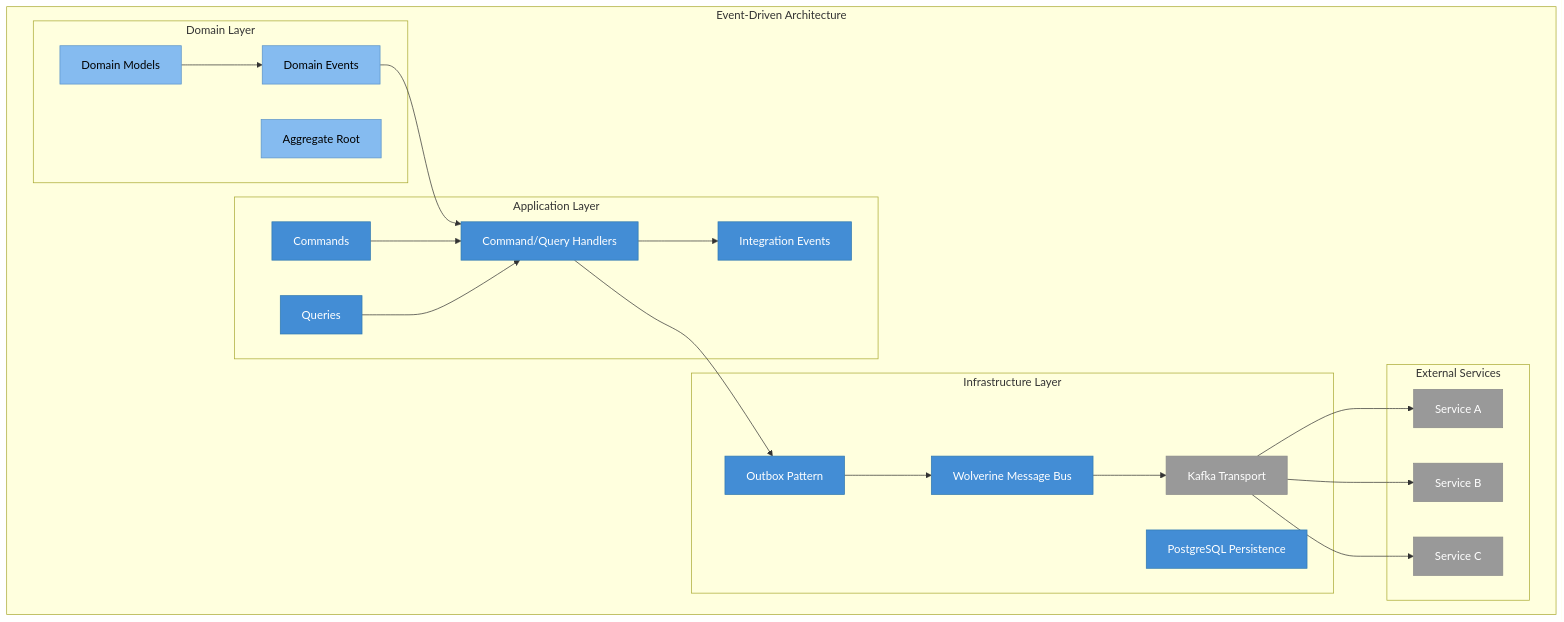
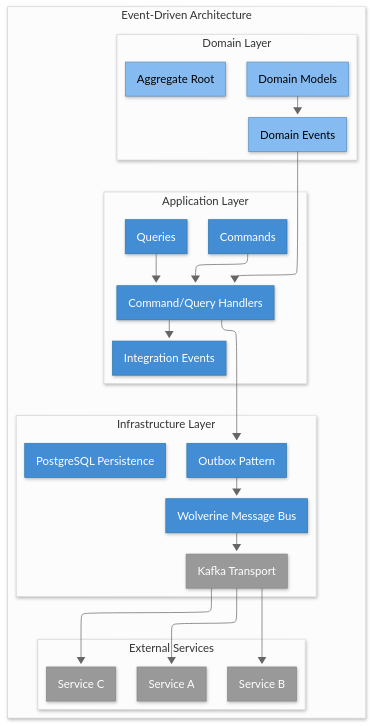
Before and after one commit to vgmello/momentum: the first of 3 diagrams in docs/arch/eda.md, drawn with Mermaid. The commit also changed 16 other files, not shown here.

````diff
--- a/docs/arch/eda.md
+++ b/docs/arch/eda.md
@@ -15,50 +15,57 @@
 ```mermaid
+---
+config:
+  theme: neutral
+  layout: elk
+  look: neo
+---
 graph TB
     subgraph "Event-Driven Architecture"
         subgraph "Domain Layer"
             DOMAIN[Domain Models]
             DOMAIN_EVENTS[Domain Events]
             AGGREGATE[Aggregate Root]
         end
 
         subgraph "Application Layer"
             COMMANDS[Commands]
             QUERIES[Queries]
             HANDLERS[Command/Query Handlers]
             INTEGRATION[Integration Events]
         end
 
         subgraph "Infrastructure Layer"
             WOLVERINE[Wolverine Message Bus]
             KAFKA[Kafka Transport]
             POSTGRES[PostgreSQL Persistence]
             OUTBOX[Outbox Pattern]
         end
 
         subgraph "External Services"
             SERVICE_A[Service A]
             SERVICE_B[Service B]
             SERVICE_C[Service C]
         end
     end
 
     DOMAIN --> DOMAIN_EVENTS
     DOMAIN_EVENTS --> HANDLERS
     COMMANDS --> HANDLERS
     QUERIES --> HANDLERS
     HANDLERS --> INTEGRATION
     HANDLERS --> OUTBOX
     OUTBOX --> WOLVERINE
     WOLVERINE --> KAFKA
     KAFKA --> SERVICE_A
     KAFKA --> SERVICE_B
     KAFKA --> SERVICE_C
 
     classDef container fill:#438dd5,stroke:#3079b0,color:#ffffff
     classDef component fill:#85bbf0,stroke:#5b93c8,color:#000000
     classDef external fill:#999999,stroke:#8a8a8a,color:#ffffff
+    classDef person fill:#08427b,stroke:#052e56,color:#ffffff
 
     class COMMANDS,QUERIES,HANDLERS,INTEGRATION,WOLVERINE,POSTGRES,OUTBOX container
     class DOMAIN,DOMAIN_EVENTS,AGGREGATE component
     class KAFKA,SERVICE_A,SERVICE_B,SERVICE_C external
 ```
````
